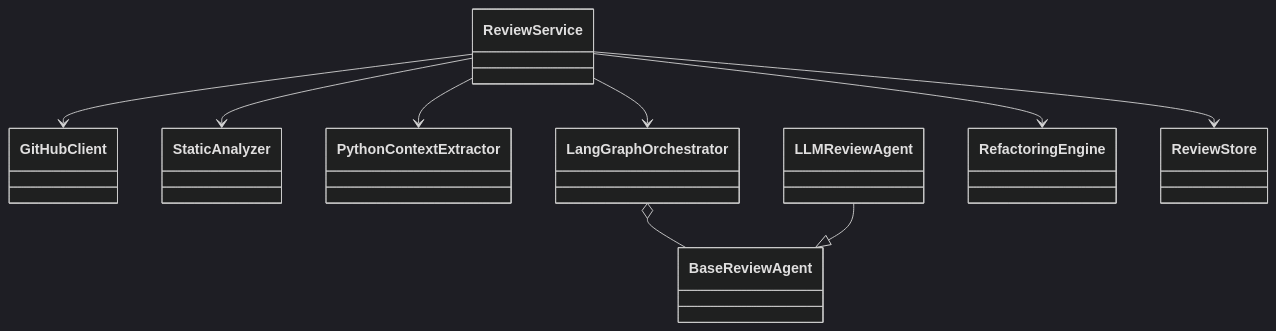
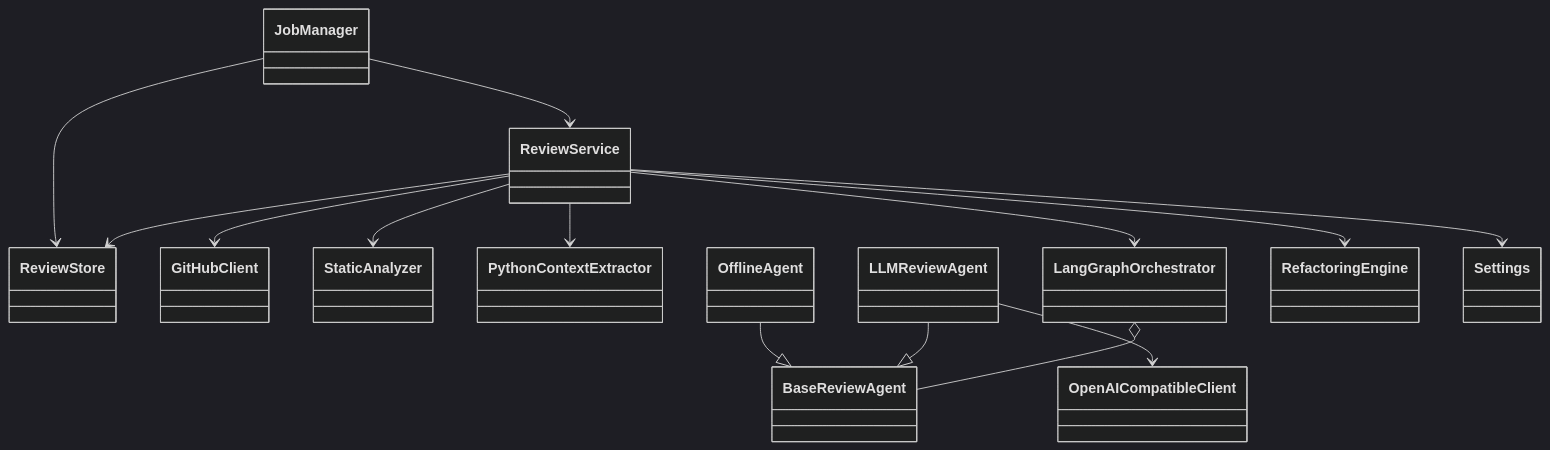
Before and after one commit to viknesh2005greatstastrophysist-prog/sdp-pr-reviewer: the fourth of 4 diagrams in docs/ARCHITECTURE.md, drawn with Mermaid (dark theme). The commit also changed other lines of this file and 4 other files, not shown here.

Commit message:
Docs for the final system: README, architecture diagrams, objectives-to-code map; cryptography as a direct dependency; clarify demo-account hashes in render.yaml

````diff
--- a/docs/ARCHITECTURE.md
+++ b/docs/ARCHITECTURE.md
@@ -59,20 +157,29 @@
 ```mermaid
 classDiagram
   class ReviewService
+  class JobManager
+  class ReviewStore
   class GitHubClient
   class StaticAnalyzer
   class PythonContextExtractor
   class LangGraphOrchestrator
   class BaseReviewAgent
   class LLMReviewAgent
+  class OfflineAgent
+  class OpenAICompatibleClient
   class RefactoringEngine
-  class ReviewStore
+  class Settings
   ReviewService --> GitHubClient
   ReviewService --> StaticAnalyzer
   ReviewService --> PythonContextExtractor
   ReviewService --> LangGraphOrchestrator
+  ReviewService --> RefactoringEngine
+  ReviewService --> ReviewStore
+  ReviewService --> Settings
+  JobManager --> ReviewStore
+  JobManager --> ReviewService
   LangGraphOrchestrator o-- BaseReviewAgent
   LLMReviewAgent --|> BaseReviewAgent
-  ReviewService --> RefactoringEngine
-  ReviewService --> ReviewStore
+  OfflineAgent --|> BaseReviewAgent
+  LLMReviewAgent --> OpenAICompatibleClient
 ```
````
